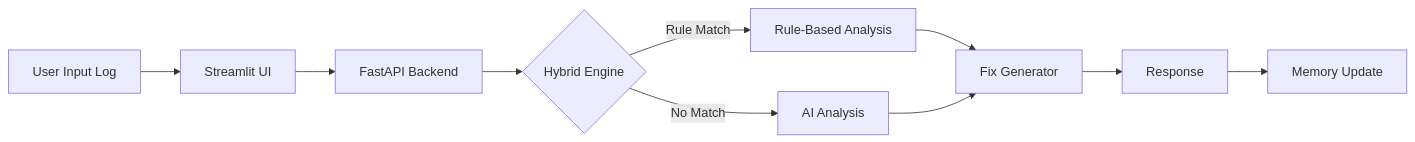
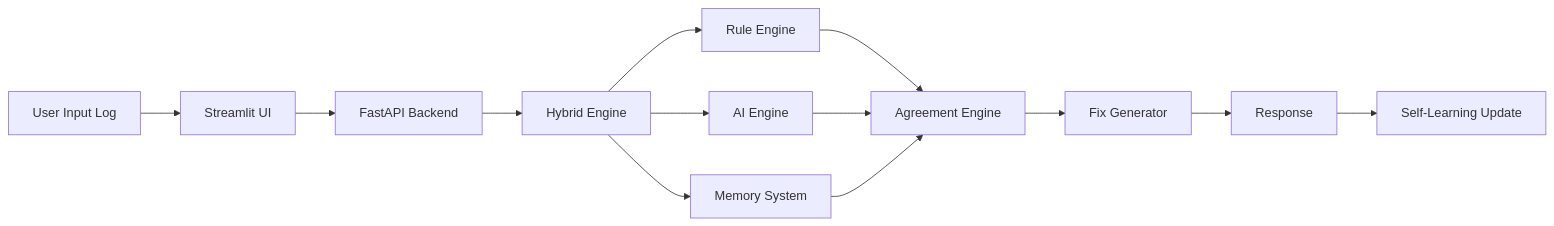
One commit to Gagan9075/H2H-404ERROR--AI-Powered-Jenkins-Pipeline-Analyzer-and-Self-Healing-DevOps-Agent changed the first of 2 diagrams in README.md. Above: the diagram before and after it, drawn with Mermaid. The commit also changed other lines of this file and 7 other files, not shown here.

Commit message:
✨ Upgrade: Implemented self-learning memory with success tracking, real-time accuracy scoring (AI vs Rule vs Memory), enhanced fix engine with detailed explanations, improved API structure, and upgraded UI for better DevOps experience

````diff
--- a/README.md
+++ b/README.md
@@ -51,12 +55,18 @@
 ```mermaid
 flowchart LR
     A[User Input Log] --> B[Streamlit UI]
     B --> C[FastAPI Backend]
-    C --> D{Hybrid Engine}
-    D -->|Rule Match| E[Rule-Based Analysis]
-    D -->|No Match| F[AI Analysis]
-    E --> G[Fix Generator]
-    F --> G
-    G --> H[Response]
-    H --> I[Memory Update]
+    C --> D[Hybrid Engine]
+
+    D --> E[Rule Engine]
+    D --> F[AI Engine]
+    D --> G[Memory System]
+
+    E --> H[Agreement Engine]
+    F --> H
+    G --> H
+
+    H --> I[Fix Generator]
+    I --> J[Response]
+    J --> K[Self-Learning Update]
 ```
````
